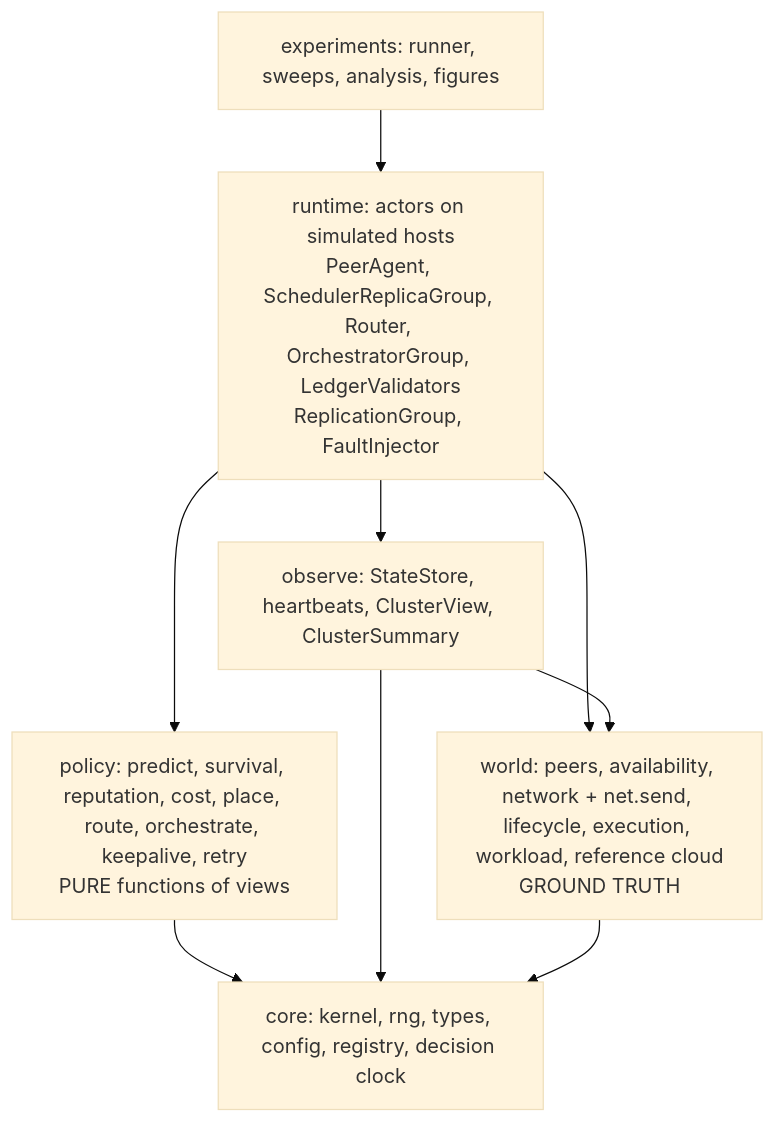
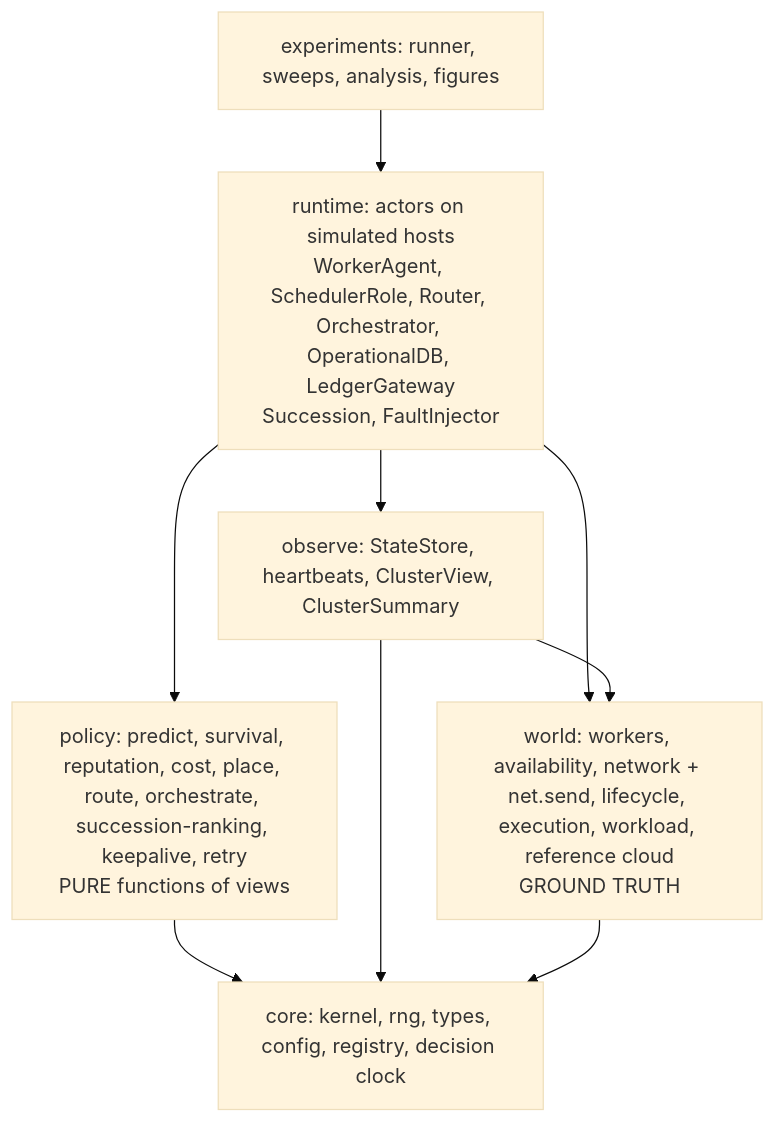
The first of 2 diagrams in docs/architecture/00-overview.md (aalhadsawane/VOSS), drawn with Mermaid (base theme) before and after one commit. The commit also changed other lines of this file and 15 other files, not shown here.

First line of the commit message:
Design: orchestrator/scheduler/worker lingo, succession-based fault tolerance, cloud operational DB

````diff
--- a/docs/architecture/00-overview.md
+++ b/docs/architecture/00-overview.md
@@ -42,12 +47,12 @@
 ```mermaid
 flowchart TD
     E[experiments: runner, sweeps, analysis, figures] --> RT
-    RT[runtime: actors on simulated hosts<br/>PeerAgent, SchedulerReplicaGroup, Router, OrchestratorGroup, LedgerValidators<br/>ReplicationGroup, FaultInjector]
-    RT --> POL[policy: predict, survival, reputation, cost, place, route, orchestrate, keepalive, retry<br/>PURE functions of views]
+    RT[runtime: actors on simulated hosts<br/>WorkerAgent, SchedulerRole, Router, Orchestrator, OperationalDB, LedgerGateway<br/>Succession, FaultInjector]
+    RT --> POL[policy: predict, survival, reputation, cost, place, route, orchestrate, succession-ranking, keepalive, retry<br/>PURE functions of views]
     RT --> OBS[observe: StateStore, heartbeats, ClusterView, ClusterSummary]
-    RT --> W[world: peers, availability, network + net.send, lifecycle, execution, workload, reference cloud<br/>GROUND TRUTH]
+    RT --> W[world: workers, availability, network + net.send, lifecycle, execution, workload, reference cloud<br/>GROUND TRUTH]
     OBS --> W
     POL --> CORE
     OBS --> CORE
     W --> CORE[core: kernel, rng, types, config, registry, decision clock]
 ```
````
